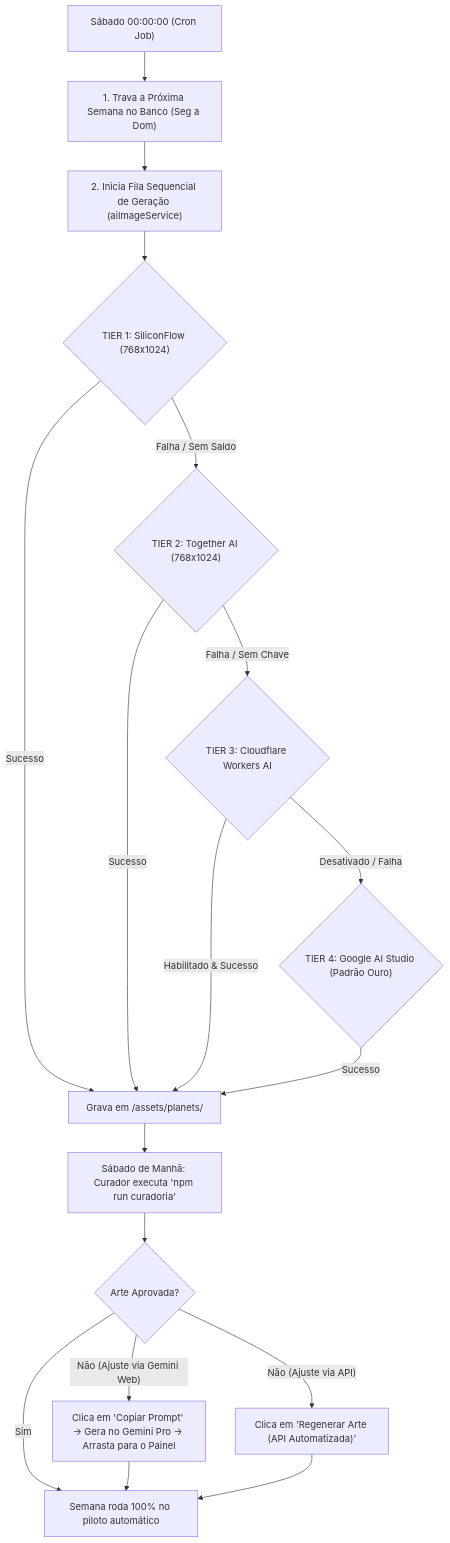
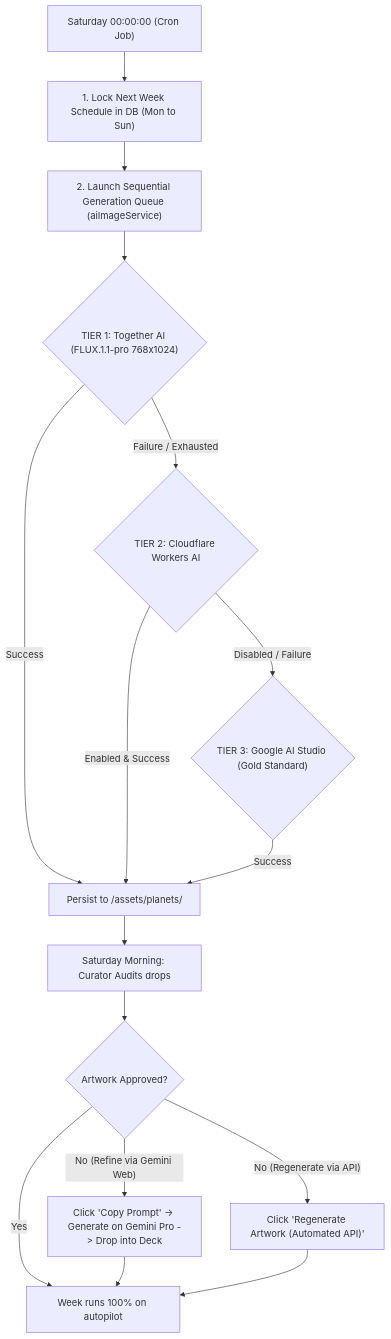
The diagram in ARCHITECTURE_AI_PIPELINE.md (luckhaosbb/exoplanetas-extremos), drawn with Mermaid before and after one commit. The commit also changed other lines of this file and 2 other files, not shown here.

Commit message:
docs: translate specifications to English and update Together AI as primary route

````diff
--- a/ARCHITECTURE_AI_PIPELINE.md
+++ b/ARCHITECTURE_AI_PIPELINE.md
@@ -15,20 +15,18 @@
 ```mermaid
 flowchart TD
-    A["Sábado 00:00:00 (Cron Job)"] --> B["1. Trava a Próxima Semana no Banco (Seg a Dom)"]
-    B --> C["2. Inicia Fila Sequencial de Geração (aiImageService)"]
-    C --> D{"TIER 1: SiliconFlow (768x1024)"}
-    D -- "Sucesso" --> J["Grava em /assets/planets/"]
-    D -- "Falha / Sem Saldo" --> E{"TIER 2: Together AI (768x1024)"}
-    E -- "Sucesso" --> J
-    E -- "Falha / Sem Chave" --> F{"TIER 3: Cloudflare Workers AI"}
-    F -- "Habilitado & Sucesso" --> J
-    F -- "Desativado / Falha" --> G{"TIER 4: Google AI Studio (Padrão Ouro)"}
-    G -- "Sucesso" --> J
-    J --> K["Sábado de Manhã: Curador executa 'npm run curadoria'"]
-    K --> L{"Arte Aprovada?"}
-    L -- Sim --> M["Semana roda 100% no piloto automático"]
-    L -- Não (Ajuste via Gemini Web) --> P["Clica em 'Copiar Prompt' -> Gera no Gemini Pro -> Arrasta para o Painel"]
+    A["Saturday 00:00:00 (Cron Job)"] --> B["1. Lock Next Week Schedule in DB (Mon to Sun)"]
+    B --> C["2. Launch Sequential Generation Queue (aiImageService)"]
+    C --> D{"TIER 1: Together AI (FLUX.1.1-pro 768x1024)"}
+    D -- "Success" --> J["Persist to /assets/planets/"]
+    D -- "Failure / Exhausted" --> E{"TIER 2: Cloudflare Workers AI"}
+    E -- "Enabled & Success" --> J
+    E -- "Disabled / Failure" --> F{"TIER 3: Google AI Studio (Gold Standard)"}
+    F -- "Success" --> J
+    J --> K["Saturday Morning: Curator Audits drops"]
+    K --> L{"Artwork Approved?"}
+    L -- Yes --> M["Week runs 100% on autopilot"]
+    L -- "No (Refine via Gemini Web)" --> P["Click 'Copy Prompt' -> Generate on Gemini Pro -> Drop into Deck"]
     P --> M
-    L -- Não (Ajuste via API) --> N["Clica em 'Regenerar Arte (API Automatizada)'"]
+    L -- "No (Regenerate via API)" --> N["Click 'Regenerate Artwork (Automated API)'"]
     N --> M
 ```
````
